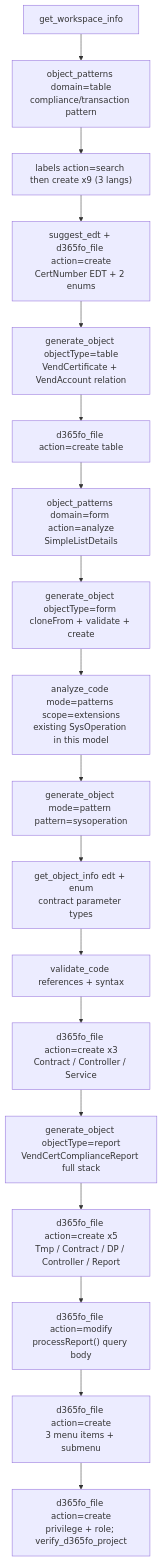
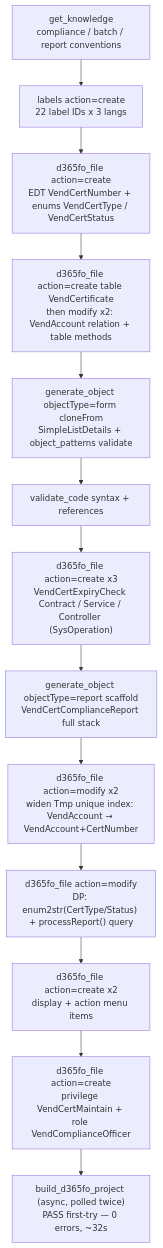
The third of 5 diagrams in docs/USAGE_EXAMPLES.md (kklyandev/d365fo-mcp-server), drawn with Mermaid before and after one commit. The commit also changed other lines of this file, not shown here.

````diff
--- a/docs/USAGE_EXAMPLES.md
+++ b/docs/USAGE_EXAMPLES.md
@@ -176,20 +182,15 @@
 ```mermaid
 flowchart TB
-    A["get_workspace_info"] --> B["object_patterns domain=table<br/>compliance/transaction pattern"]
-    B --> C["labels action=search then create x9 (3 langs)"]
-    C --> D["suggest_edt + d365fo_file action=create<br/>CertNumber EDT + 2 enums"]
-    D --> E["generate_object objectType=table<br/>VendCertificate + VendAccount relation"]
-    E --> F["d365fo_file action=create table"]
-    F --> G["object_patterns domain=form action=analyze<br/>SimpleListDetails"]
-    G --> H["generate_object objectType=form cloneFrom + validate + create"]
-    H --> I["analyze_code mode=patterns scope=extensions<br/>existing SysOperation in this model"]
-    I --> J["generate_object mode=pattern pattern=sysoperation"]
-    J --> K["get_object_info edt + enum<br/>contract parameter types"]
-    K --> L["validate_code references + syntax"]
-    L --> M["d365fo_file action=create x3<br/>Contract / Controller / Service"]
-    M --> N["generate_object objectType=report<br/>VendCertComplianceReport full stack"]
-    N --> O["d365fo_file action=create x5<br/>Tmp / Contract / DP / Controller / Report"]
-    O --> P["d365fo_file action=modify<br/>processReport() query body"]
-    P --> Q["d365fo_file action=create<br/>3 menu items + submenu"]
-    Q --> R["d365fo_file action=create<br/>privilege + role; verify_d365fo_project"]
+    A["get_knowledge<br/>compliance / batch / report conventions"] --> B["labels action=create<br/>22 label IDs x 3 langs"]
+    B --> C["d365fo_file action=create<br/>EDT VendCertNumber + enums VendCertType / VendCertStatus"]
+    C --> D["d365fo_file action=create table VendCertificate<br/>then modify x2: VendAccount relation + table methods"]
+    D --> E["generate_object objectType=form cloneFrom<br/>SimpleListDetails + object_patterns validate"]
+    E --> F["validate_code syntax + references"]
+    F --> G["d365fo_file action=create x3<br/>VendCertExpiryCheck Contract / Service / Controller (SysOperation)"]
+    G --> H["generate_object objectType=report scaffold<br/>VendCertComplianceReport full stack"]
+    H --> I["d365fo_file action=modify x2<br/>widen Tmp unique index: VendAccount → VendAccount+CertNumber"]
+    I --> J["d365fo_file action=modify<br/>DP: enum2str(CertType/Status) + processReport() query"]
+    J --> K["d365fo_file action=create x2<br/>display + action menu items"]
+    K --> L["d365fo_file action=create<br/>privilege VendCertMaintain + role VendComplianceOfficer"]
+    L --> M["build_d365fo_project (async, polled twice)<br/>PASS first-try — 0 errors, ~32s"]
 ```
````
